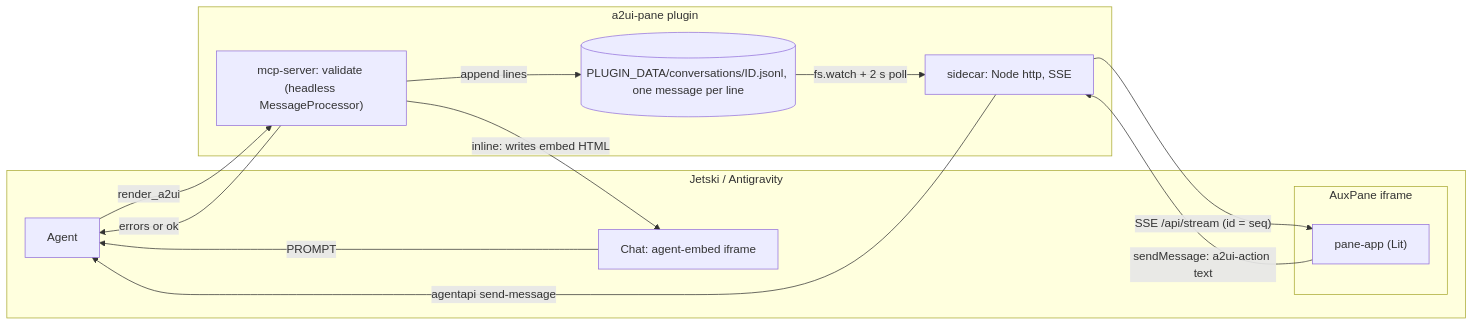
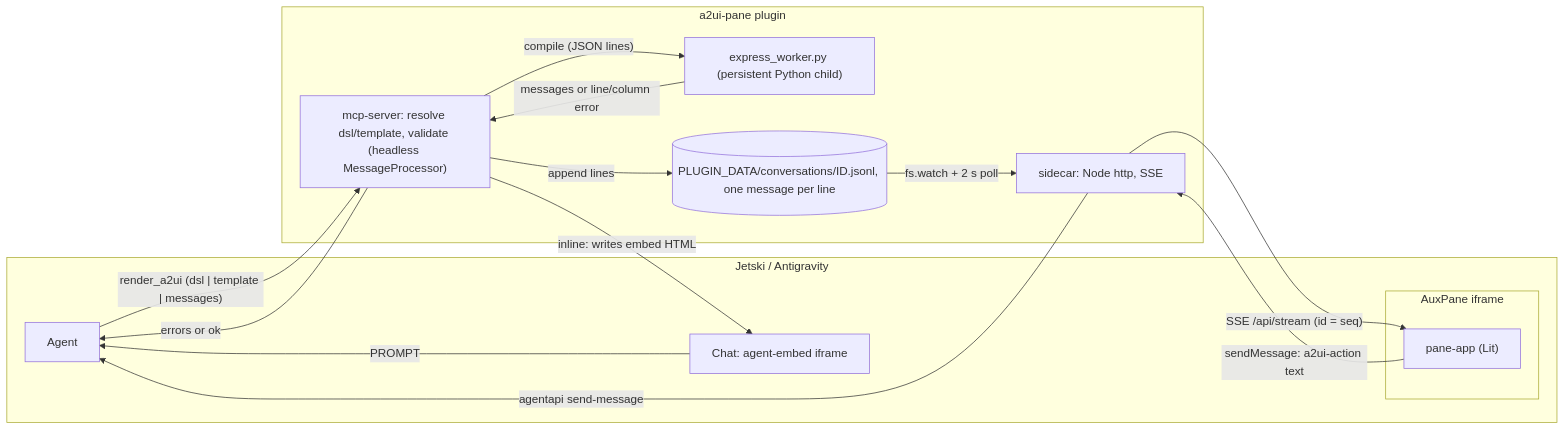
The first of 2 diagrams in docs/design.md (gspencergoog/a2ui-pane), drawn with Mermaid before and after one commit. The commit also changed other lines of this file and 7 other files, not shown here.

````diff
--- a/docs/design.md
+++ b/docs/design.md
@@ -37,24 +39,27 @@
 ```mermaid
 flowchart LR
     subgraph Host["Jetski / Antigravity"]
       Agent[Agent]
       Chat["Chat: agent-embed iframe"]
       subgraph Pane["AuxPane iframe"]
         App["pane-app (Lit)"]
       end
     end
     subgraph Repo["a2ui-pane plugin"]
-      MCP["mcp-server: validate (headless MessageProcessor)"]
+      MCP["mcp-server: resolve dsl/template, validate (headless MessageProcessor)"]
+      W["express_worker.py (persistent Python child)"]
       Store[("PLUGIN_DATA/conversations/ID.jsonl, one message per line")]
       Side["sidecar: Node http, SSE"]
     end
-    Agent -->|"render_a2ui"| MCP
+    Agent -->|"render_a2ui (dsl | template | messages)"| MCP
+    MCP -->|"compile (JSON lines)"| W
+    W -->|"messages or line/column error"| MCP
     MCP -->|"errors or ok"| Agent
     MCP -->|"append lines"| Store
     Store -->|"fs.watch + 2 s poll"| Side
     Side -->|"SSE /api/stream (id = seq)"| App
     App -->|"sendMessage: a2ui-action text"| Side
     Side -->|"agentapi send-message"| Agent
     MCP -->|"inline: writes embed HTML"| Chat
     Chat -->|"PROMPT"| Agent
 ```
````
